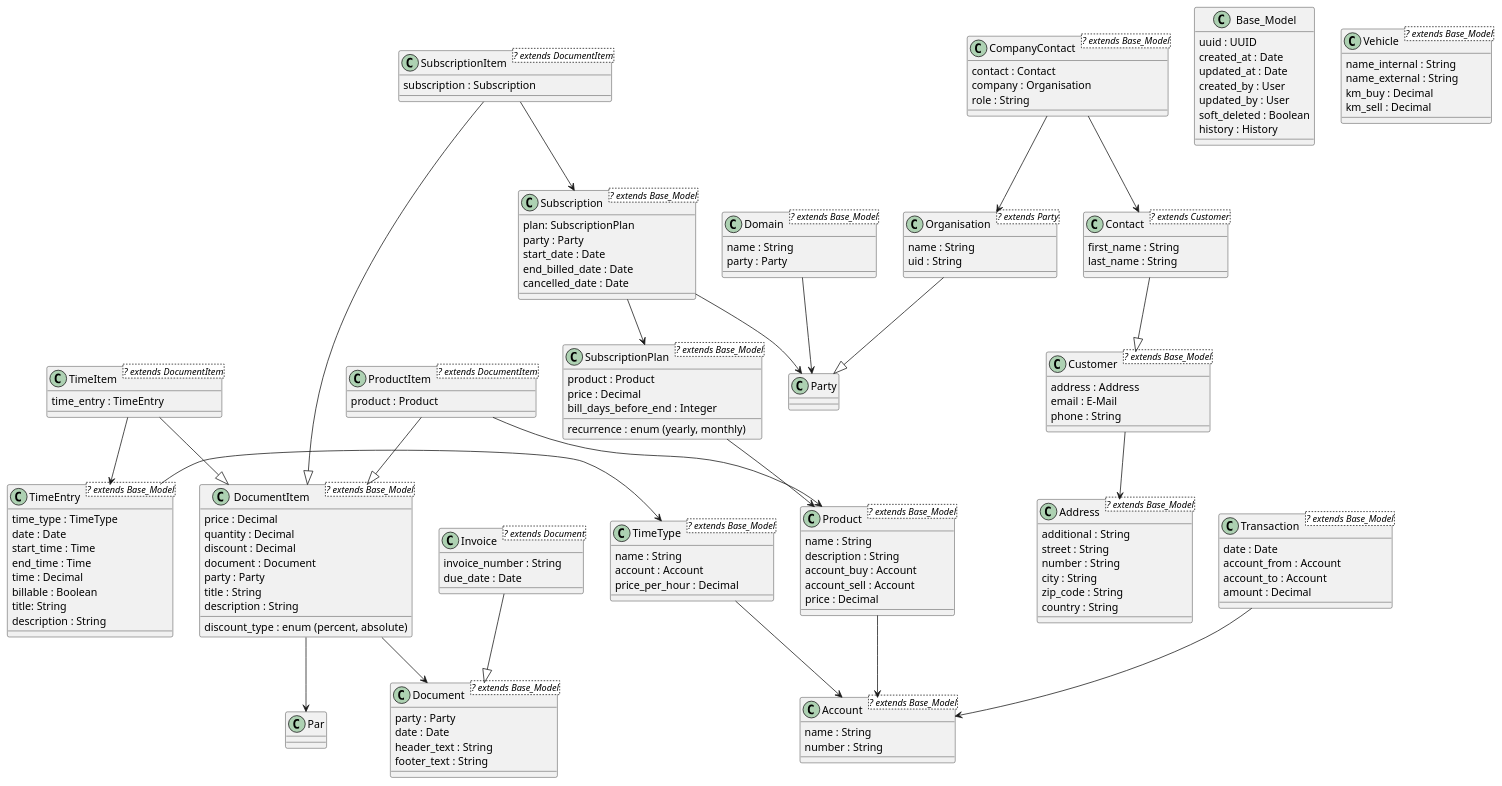
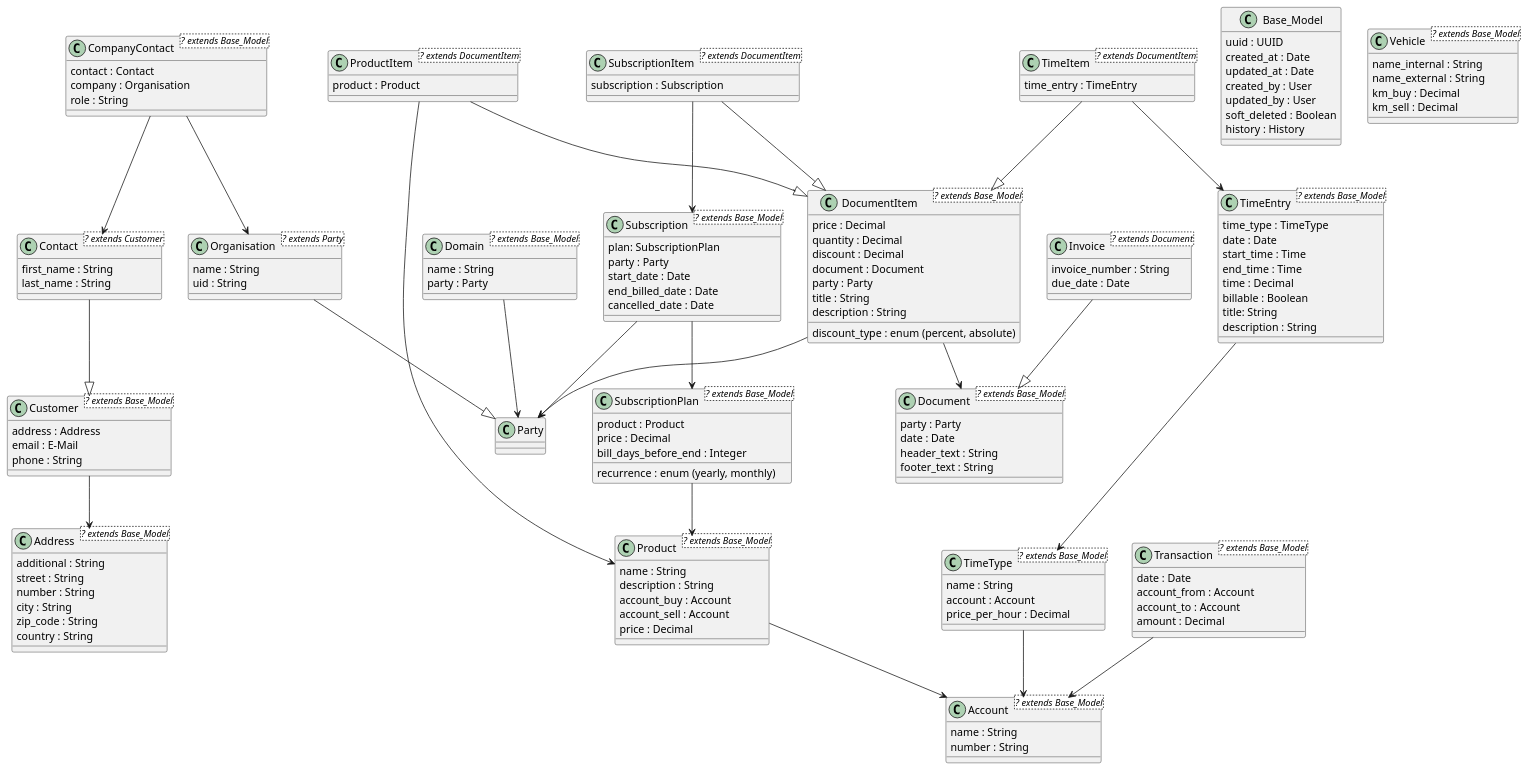
Before and after one commit to Buffet-IT-Services/CycleInvoice: the diagram in docs/class_diagram_new.md, drawn with PlantUML.

Commit message:
docs(Class Diagram): fixed typo

```diff
--- a/docs/class_diagram_new.md
+++ b/docs/class_diagram_new.md
@@ -61,7 +61,7 @@
 title : String
 description : String
 }
-DocumentItem --> Par
+DocumentItem --> Party
 DocumentItem --> Document
 
 class SubscriptionItem <? extends DocumentItem> {
```
